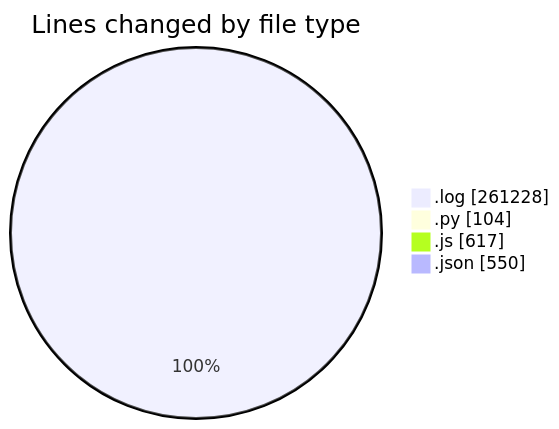
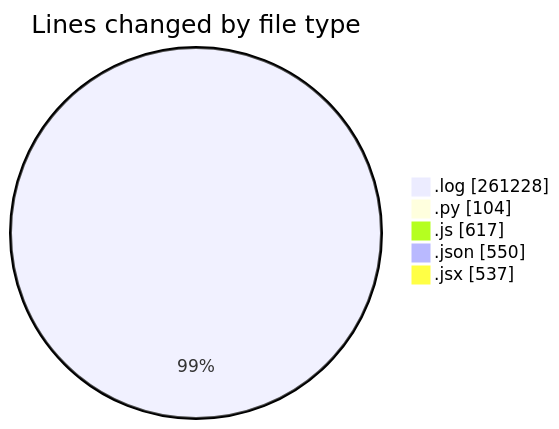
The first of 2 diagrams in 2025-04-10/nxtqube_webapp/README.md (nxtqubesakshisongat/code-tracking), drawn with Mermaid before and after one commit. The commit also changed other lines of this file and 1 other file, not shown here.

````diff
--- a/2025-04-10/nxtqube_webapp/README.md
+++ b/2025-04-10/nxtqube_webapp/README.md
@@ -23,8 +24,9 @@
 ```mermaid
 pie showData
 title Lines changed by file type
 ".log" : 261228
 ".py" : 104
 ".js" : 617
 ".json" : 550
+".jsx" : 537
 ```
````
